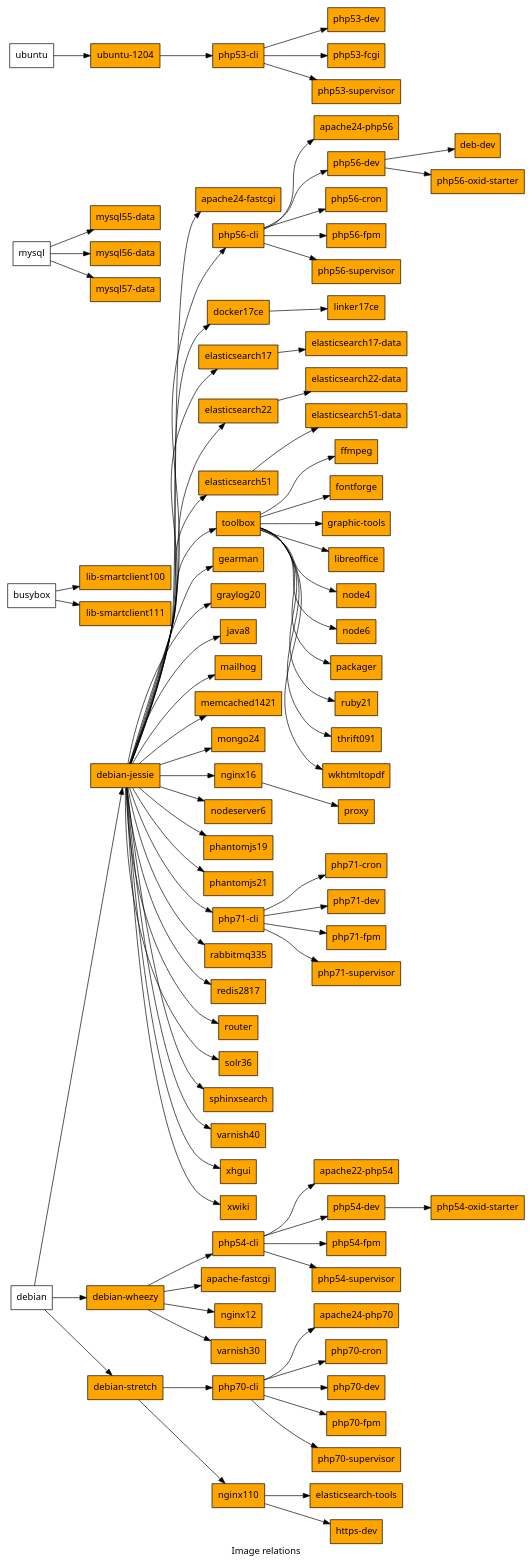
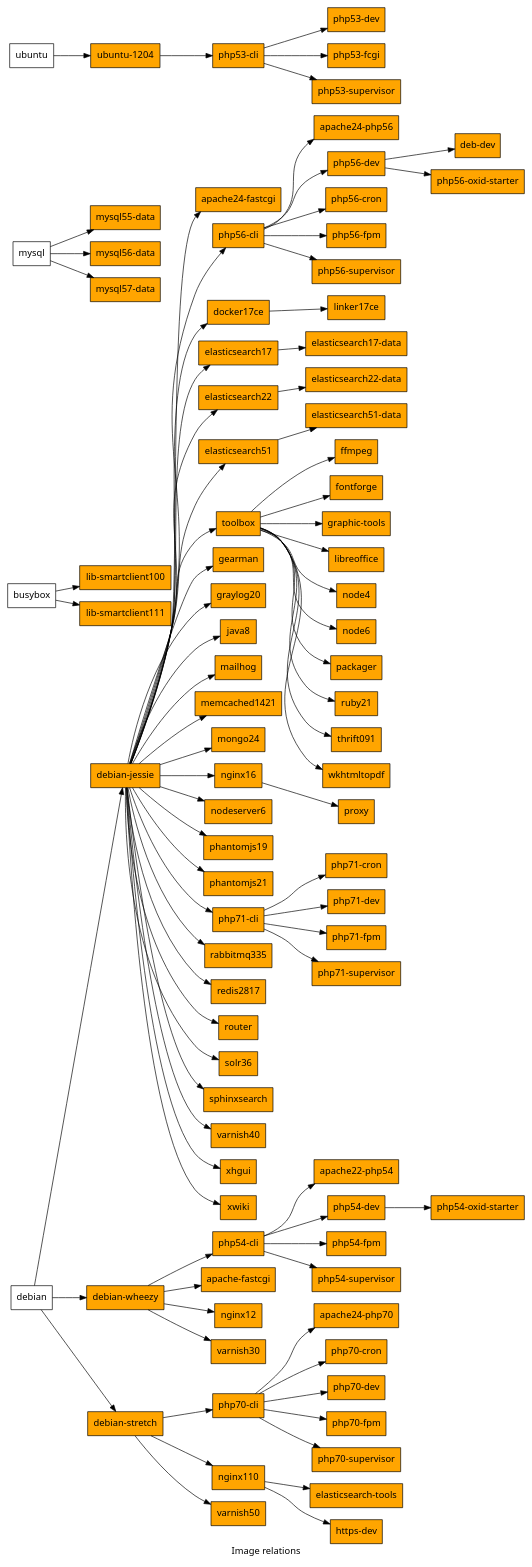
One commit to nfq-technologies/docker-images changed the diagram in _docs/media/image_relations.gv. Above: the diagram before and after it, drawn with Graphviz. The commit also changed 9 other files, not shown here.

```diff
--- a/_docs/media/image_relations.gv
+++ b/_docs/media/image_relations.gv
@@ -1,174 +1,176 @@
 
 digraph G {
     label="Image relations";
     graph [fontname=sans];
     node [style=filled shape=box fontname=sans fillcolor=white];
     rankdir="LR";
 	
     "nfqlt/apache22-php54" [fillcolor=orange label="apache22-php54"];
     "nfqlt/php54-cli"->"nfqlt/apache22-php54";
     "nfqlt/apache24-fastcgi" [fillcolor=orange label="apache24-fastcgi"];
     "nfqlt/debian-jessie"->"nfqlt/apache24-fastcgi";
     "nfqlt/apache24-php56" [fillcolor=orange label="apache24-php56"];
     "nfqlt/php56-cli"->"nfqlt/apache24-php56";
     "nfqlt/apache24-php70" [fillcolor=orange label="apache24-php70"];
     "nfqlt/php70-cli"->"nfqlt/apache24-php70";
     "nfqlt/apache-fastcgi" [fillcolor=orange label="apache-fastcgi"];
     "nfqlt/debian-wheezy"->"nfqlt/apache-fastcgi";
     "nfqlt/deb-dev" [fillcolor=orange label="deb-dev"];
     "nfqlt/php56-dev"->"nfqlt/deb-dev";
     "nfqlt/debian-jessie" [fillcolor=orange label="debian-jessie"];
     "debian"->"nfqlt/debian-jessie";
     "nfqlt/debian-stretch" [fillcolor=orange label="debian-stretch"];
     "debian"->"nfqlt/debian-stretch";
     "nfqlt/debian-wheezy" [fillcolor=orange label="debian-wheezy"];
     "debian"->"nfqlt/debian-wheezy";
     "nfqlt/docker17ce" [fillcolor=orange label="docker17ce"];
     "nfqlt/debian-jessie"->"nfqlt/docker17ce";
     "nfqlt/elasticsearch17-data" [fillcolor=orange label="elasticsearch17-data"];
     "nfqlt/elasticsearch17"->"nfqlt/elasticsearch17-data";
     "nfqlt/elasticsearch17" [fillcolor=orange label="elasticsearch17"];
     "nfqlt/debian-jessie"->"nfqlt/elasticsearch17";
     "nfqlt/elasticsearch22-data" [fillcolor=orange label="elasticsearch22-data"];
     "nfqlt/elasticsearch22"->"nfqlt/elasticsearch22-data";
     "nfqlt/elasticsearch22" [fillcolor=orange label="elasticsearch22"];
     "nfqlt/debian-jessie"->"nfqlt/elasticsearch22";
     "nfqlt/elasticsearch51-data" [fillcolor=orange label="elasticsearch51-data"];
     "nfqlt/elasticsearch51"->"nfqlt/elasticsearch51-data";
     "nfqlt/elasticsearch51" [fillcolor=orange label="elasticsearch51"];
     "nfqlt/debian-jessie"->"nfqlt/elasticsearch51";
     "nfqlt/elasticsearch-tools" [fillcolor=orange label="elasticsearch-tools"];
     "nfqlt/nginx110"->"nfqlt/elasticsearch-tools";
     "nfqlt/ffmpeg" [fillcolor=orange label="ffmpeg"];
     "nfqlt/toolbox"->"nfqlt/ffmpeg";
     "nfqlt/fontforge" [fillcolor=orange label="fontforge"];
     "nfqlt/toolbox"->"nfqlt/fontforge";
     "nfqlt/gearman" [fillcolor=orange label="gearman"];
     "nfqlt/debian-jessie"->"nfqlt/gearman";
     "nfqlt/graphic-tools" [fillcolor=orange label="graphic-tools"];
     "nfqlt/toolbox"->"nfqlt/graphic-tools";
     "nfqlt/graylog20" [fillcolor=orange label="graylog20"];
     "nfqlt/debian-jessie"->"nfqlt/graylog20";
     "nfqlt/https-dev" [fillcolor=orange label="https-dev"];
     "nfqlt/nginx110"->"nfqlt/https-dev";
     "nfqlt/java8" [fillcolor=orange label="java8"];
     "nfqlt/debian-jessie"->"nfqlt/java8";
     "nfqlt/libreoffice" [fillcolor=orange label="libreoffice"];
     "nfqlt/toolbox"->"nfqlt/libreoffice";
     "nfqlt/lib-smartclient100" [fillcolor=orange label="lib-smartclient100"];
     "busybox"->"nfqlt/lib-smartclient100";
     "nfqlt/lib-smartclient111" [fillcolor=orange label="lib-smartclient111"];
     "busybox"->"nfqlt/lib-smartclient111";
     "nfqlt/linker17ce" [fillcolor=orange label="linker17ce"];
     "nfqlt/docker17ce"->"nfqlt/linker17ce";
     "nfqlt/mailhog" [fillcolor=orange label="mailhog"];
     "nfqlt/debian-jessie"->"nfqlt/mailhog";
     "nfqlt/memcached1421" [fillcolor=orange label="memcached1421"];
     "nfqlt/debian-jessie"->"nfqlt/memcached1421";
     "nfqlt/mongo24" [fillcolor=orange label="mongo24"];
     "nfqlt/debian-jessie"->"nfqlt/mongo24";
     "nfqlt/mysql55-data" [fillcolor=orange label="mysql55-data"];
     "mysql"->"nfqlt/mysql55-data";
     "nfqlt/mysql56-data" [fillcolor=orange label="mysql56-data"];
     "mysql"->"nfqlt/mysql56-data";
     "nfqlt/mysql57-data" [fillcolor=orange label="mysql57-data"];
     "mysql"->"nfqlt/mysql57-data";
     "nfqlt/nginx110" [fillcolor=orange label="nginx110"];
     "nfqlt/debian-stretch"->"nfqlt/nginx110";
     "nfqlt/nginx12" [fillcolor=orange label="nginx12"];
     "nfqlt/debian-wheezy"->"nfqlt/nginx12";
     "nfqlt/nginx16" [fillcolor=orange label="nginx16"];
     "nfqlt/debian-jessie"->"nfqlt/nginx16";
     "nfqlt/node4" [fillcolor=orange label="node4"];
     "nfqlt/toolbox"->"nfqlt/node4";
     "nfqlt/node6" [fillcolor=orange label="node6"];
     "nfqlt/toolbox"->"nfqlt/node6";
     "nfqlt/nodeserver6" [fillcolor=orange label="nodeserver6"];
     "nfqlt/debian-jessie"->"nfqlt/nodeserver6";
     "nfqlt/packager" [fillcolor=orange label="packager"];
     "nfqlt/toolbox"->"nfqlt/packager";
     "nfqlt/phantomjs19" [fillcolor=orange label="phantomjs19"];
     "nfqlt/debian-jessie"->"nfqlt/phantomjs19";
     "nfqlt/phantomjs21" [fillcolor=orange label="phantomjs21"];
     "nfqlt/debian-jessie"->"nfqlt/phantomjs21";
     "nfqlt/php53-cli" [fillcolor=orange label="php53-cli"];
     "nfqlt/ubuntu-1204"->"nfqlt/php53-cli";
     "nfqlt/php53-dev" [fillcolor=orange label="php53-dev"];
     "nfqlt/php53-cli"->"nfqlt/php53-dev";
     "nfqlt/php53-fcgi" [fillcolor=orange label="php53-fcgi"];
     "nfqlt/php53-cli"->"nfqlt/php53-fcgi";
     "nfqlt/php53-supervisor" [fillcolor=orange label="php53-supervisor"];
     "nfqlt/php53-cli"->"nfqlt/php53-supervisor";
     "nfqlt/php54-cli" [fillcolor=orange label="php54-cli"];
     "nfqlt/debian-wheezy"->"nfqlt/php54-cli";
     "nfqlt/php54-dev" [fillcolor=orange label="php54-dev"];
     "nfqlt/php54-cli"->"nfqlt/php54-dev";
     "nfqlt/php54-fpm" [fillcolor=orange label="php54-fpm"];
     "nfqlt/php54-cli"->"nfqlt/php54-fpm";
     "nfqlt/php54-oxid-starter" [fillcolor=orange label="php54-oxid-starter"];
     "nfqlt/php54-dev"->"nfqlt/php54-oxid-starter";
     "nfqlt/php54-supervisor" [fillcolor=orange label="php54-supervisor"];
     "nfqlt/php54-cli"->"nfqlt/php54-supervisor";
     "nfqlt/php56-cli" [fillcolor=orange label="php56-cli"];
     "nfqlt/debian-jessie"->"nfqlt/php56-cli";
     "nfqlt/php56-cron" [fillcolor=orange label="php56-cron"];
     "nfqlt/php56-cli"->"nfqlt/php56-cron";
     "nfqlt/php56-dev" [fillcolor=orange label="php56-dev"];
     "nfqlt/php56-cli"->"nfqlt/php56-dev";
     "nfqlt/php56-fpm" [fillcolor=orange label="php56-fpm"];
     "nfqlt/php56-cli"->"nfqlt/php56-fpm";
     "nfqlt/php56-oxid-starter" [fillcolor=orange label="php56-oxid-starter"];
     "nfqlt/php56-dev"->"nfqlt/php56-oxid-starter";
     "nfqlt/php56-supervisor" [fillcolor=orange label="php56-supervisor"];
     "nfqlt/php56-cli"->"nfqlt/php56-supervisor";
     "nfqlt/php70-cli" [fillcolor=orange label="php70-cli"];
     "nfqlt/debian-stretch"->"nfqlt/php70-cli";
     "nfqlt/php70-cron" [fillcolor=orange label="php70-cron"];
     "nfqlt/php70-cli"->"nfqlt/php70-cron";
     "nfqlt/php70-dev" [fillcolor=orange label="php70-dev"];
     "nfqlt/php70-cli"->"nfqlt/php70-dev";
     "nfqlt/php70-fpm" [fillcolor=orange label="php70-fpm"];
     "nfqlt/php70-cli"->"nfqlt/php70-fpm";
     "nfqlt/php70-supervisor" [fillcolor=orange label="php70-supervisor"];
     "nfqlt/php70-cli"->"nfqlt/php70-supervisor";
     "nfqlt/php71-cli" [fillcolor=orange label="php71-cli"];
     "nfqlt/debian-jessie"->"nfqlt/php71-cli";
     "nfqlt/php71-cron" [fillcolor=orange label="php71-cron"];
     "nfqlt/php71-cli"->"nfqlt/php71-cron";
     "nfqlt/php71-dev" [fillcolor=orange label="php71-dev"];
     "nfqlt/php71-cli"->"nfqlt/php71-dev";
     "nfqlt/php71-fpm" [fillcolor=orange label="php71-fpm"];
     "nfqlt/php71-cli"->"nfqlt/php71-fpm";
     "nfqlt/php71-supervisor" [fillcolor=orange label="php71-supervisor"];
     "nfqlt/php71-cli"->"nfqlt/php71-supervisor";
     "nfqlt/proxy" [fillcolor=orange label="proxy"];
     "nfqlt/nginx16"->"nfqlt/proxy";
     "nfqlt/rabbitmq335" [fillcolor=orange label="rabbitmq335"];
     "nfqlt/debian-jessie"->"nfqlt/rabbitmq335";
     "nfqlt/redis2817" [fillcolor=orange label="redis2817"];
     "nfqlt/debian-jessie"->"nfqlt/redis2817";
     "nfqlt/router" [fillcolor=orange label="router"];
     "nfqlt/debian-jessie"->"nfqlt/router";
     "nfqlt/ruby21" [fillcolor=orange label="ruby21"];
     "nfqlt/toolbox"->"nfqlt/ruby21";
     "nfqlt/solr36" [fillcolor=orange label="solr36"];
     "nfqlt/debian-jessie"->"nfqlt/solr36";
     "nfqlt/sphinxsearch" [fillcolor=orange label="sphinxsearch"];
     "nfqlt/debian-jessie"->"nfqlt/sphinxsearch";
     "nfqlt/thrift091" [fillcolor=orange label="thrift091"];
     "nfqlt/toolbox"->"nfqlt/thrift091";
     "nfqlt/toolbox" [fillcolor=orange label="toolbox"];
     "nfqlt/debian-jessie"->"nfqlt/toolbox";
     "nfqlt/ubuntu-1204" [fillcolor=orange label="ubuntu-1204"];
     "ubuntu"->"nfqlt/ubuntu-1204";
     "nfqlt/varnish30" [fillcolor=orange label="varnish30"];
     "nfqlt/debian-wheezy"->"nfqlt/varnish30";
     "nfqlt/varnish40" [fillcolor=orange label="varnish40"];
     "nfqlt/debian-jessie"->"nfqlt/varnish40";
+    "nfqlt/varnish50" [fillcolor=orange label="varnish50"];
+    "nfqlt/debian-stretch"->"nfqlt/varnish50";
     "nfqlt/wkhtmltopdf" [fillcolor=orange label="wkhtmltopdf"];
     "nfqlt/toolbox"->"nfqlt/wkhtmltopdf";
     "nfqlt/xhgui" [fillcolor=orange label="xhgui"];
     "nfqlt/debian-jessie"->"nfqlt/xhgui";
     "nfqlt/xwiki" [fillcolor=orange label="xwiki"];
     "nfqlt/debian-jessie"->"nfqlt/xwiki";
 }
```
